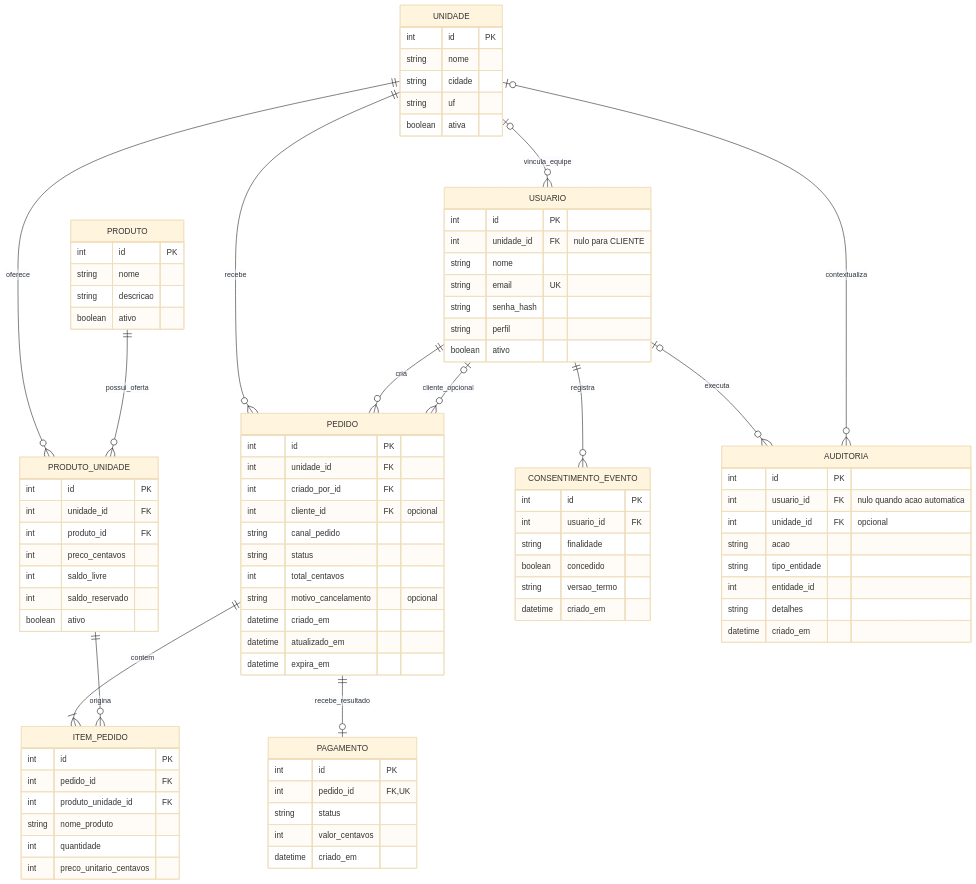
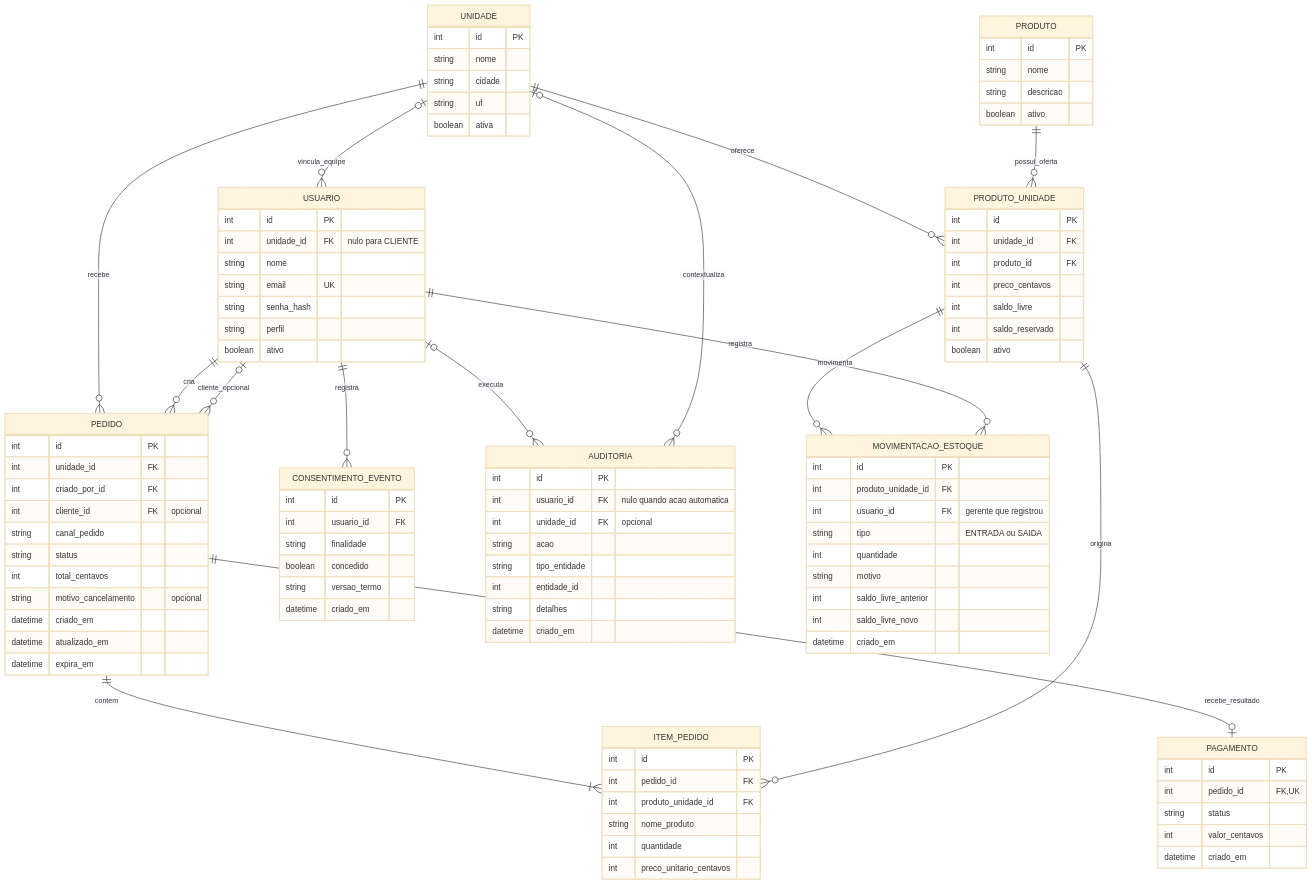
Before and after one commit to alexandrequintiliano95/projeto_uninter: the second of 2 diagrams in docs/MODELO.md, drawn with Mermaid (base theme). The commit also changed other lines of this file and 18 other files, not shown here.

Commit message:
Adiciona entrada e saída de estoque com histórico (migração 0002), libera reservas vencidas no cardápio e testa as migrações

````diff
--- a/docs/MODELO.md
+++ b/docs/MODELO.md
@@ -103,6 +103,8 @@
     USUARIO ||--o{ CONSENTIMENTO_EVENTO : registra
     USUARIO o|--o{ AUDITORIA : executa
     UNIDADE o|--o{ AUDITORIA : contextualiza
+    PRODUTO_UNIDADE ||--o{ MOVIMENTACAO_ESTOQUE : movimenta
+    USUARIO ||--o{ MOVIMENTACAO_ESTOQUE : registra
 
     UNIDADE {
         int id PK
@@ -181,4 +183,15 @@
         string detalhes
         datetime criado_em
     }
+    MOVIMENTACAO_ESTOQUE {
+        int id PK
+        int produto_unidade_id FK
+        int usuario_id FK "gerente que registrou"
+        string tipo "ENTRADA ou SAIDA"
+        int quantidade
+        string motivo
+        int saldo_livre_anterior
+        int saldo_livre_novo
+        datetime criado_em
+    }
 ```
````
